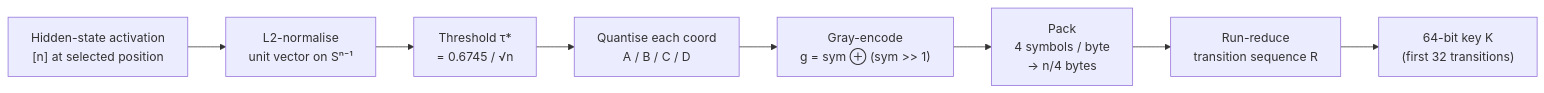
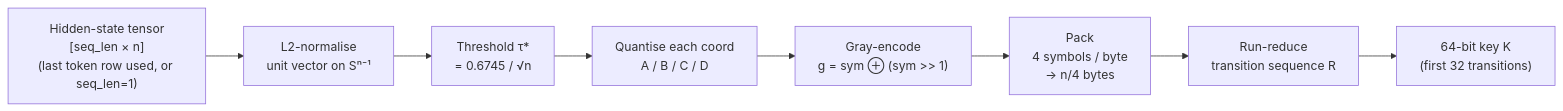
The diagram in README.md (devlux76/q2), drawn with Mermaid before and after one commit. The commit also changed other lines of this file, not shown here.

````diff
--- a/README.md
+++ b/README.md
@@ -40,10 +42,10 @@
 ```mermaid
 flowchart LR
-    A["Hidden-state activation\n[n] at selected position"] --> B["L2-normalise\nunit vector on Sⁿ⁻¹"]
+    A["Hidden-state tensor\n[seq_len × n]\n(last token row used, or seq_len=1)"] --> B["L2-normalise\nunit vector on Sⁿ⁻¹"]
     B --> C["Threshold τ*\n= 0.6745 / √n"]
     C --> D["Quantise each coord\nA / B / C / D"]
     D --> E["Gray-encode\ng = sym ⊕ (sym >> 1)"]
     E --> F["Pack\n4 symbols / byte\n→ n/4 bytes"]
     F --> G["Run-reduce\ntransition sequence R"]
     G --> H["64-bit key K\n(first 32 transitions)"]
 ```
````
